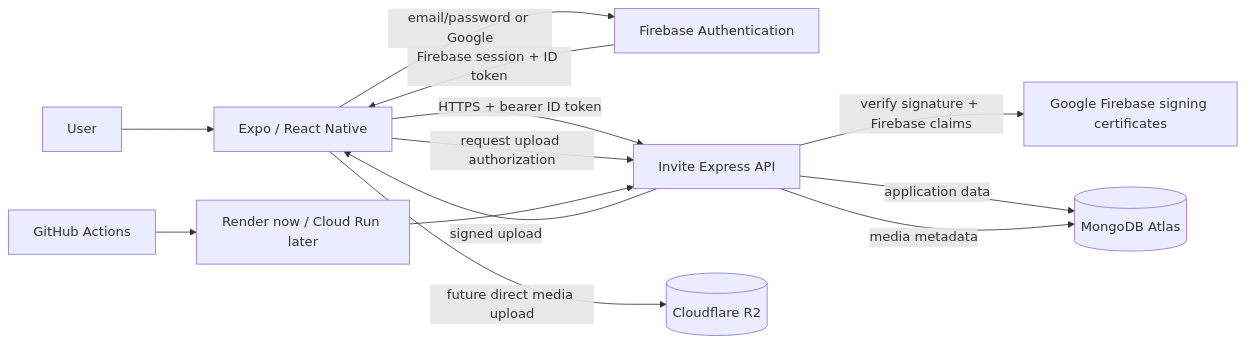
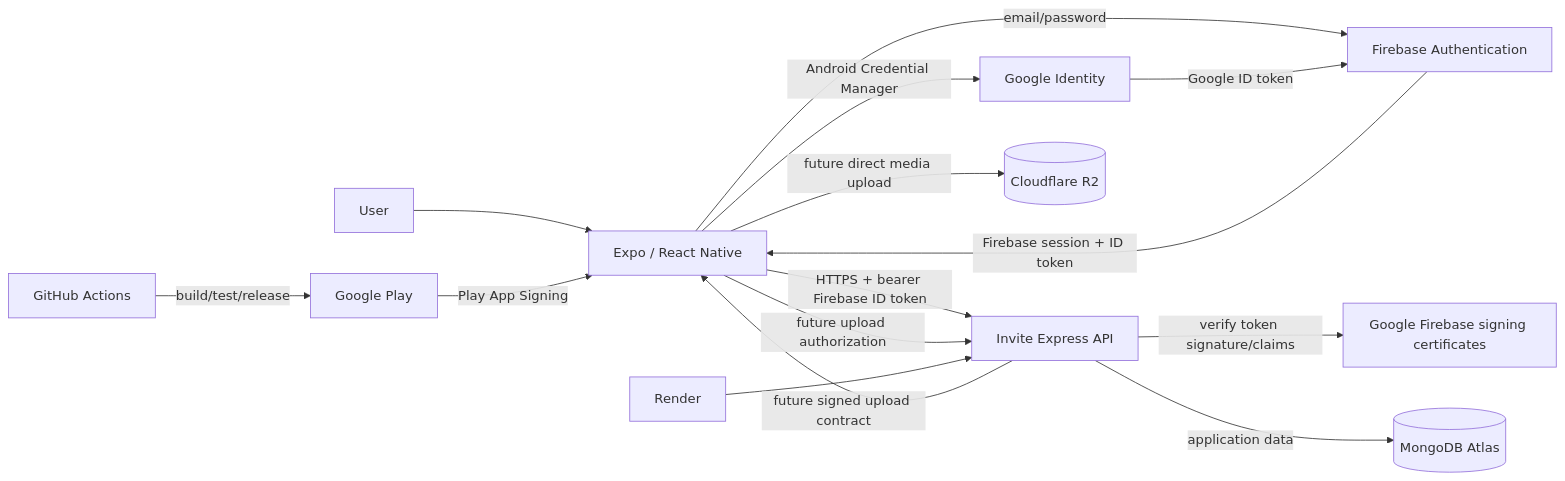
One commit to charifmahmoudi/Invite-someone-app changed the first of 3 diagrams in docs/ARCHITECTURE.md. Above: the diagram before and after it, drawn with Mermaid. The commit also changed other lines of this file, not shown here.

Commit message:
docs: align architecture with staged Firebase deployment

````diff
--- a/docs/ARCHITECTURE.md
+++ b/docs/ARCHITECTURE.md
@@ -31,15 +38,17 @@
 ```mermaid
 flowchart LR
   User[User] --> App[Expo / React Native]
-  App -->|email/password or Google| Auth[Firebase Authentication]
-  Auth -->|Firebase session + ID token| App
-  App -->|HTTPS + bearer ID token| API[Invite Express API]
-  API -->|verify signature + Firebase claims| Keys[Google Firebase signing certificates]
+  App -->|email/password| Firebase[Firebase Authentication]
+  App -->|Android Credential Manager| Google[Google Identity]
+  Google -->|Google ID token| Firebase
+  Firebase -->|Firebase session + ID token| App
+  App -->|HTTPS + bearer Firebase ID token| API[Invite Express API]
+  API -->|verify token signature/claims| Keys[Google Firebase signing certificates]
   API -->|application data| Mongo[(MongoDB Atlas)]
-  App -->|request upload authorization| API
-  API -->|signed upload| App
+  App -->|future upload authorization| API
+  API -->|future signed upload contract| App
   App -->|future direct media upload| R2[(Cloudflare R2)]
-  API -->|media metadata| Mongo
-  GitHub[GitHub Actions] --> Host[Render now / Cloud Run later]
-  Host --> API
+  GH[GitHub Actions] -->|build/test/release| Play[Google Play]
+  Play -->|Play App Signing| App
+  Render[Render] --> API
 ```
````
